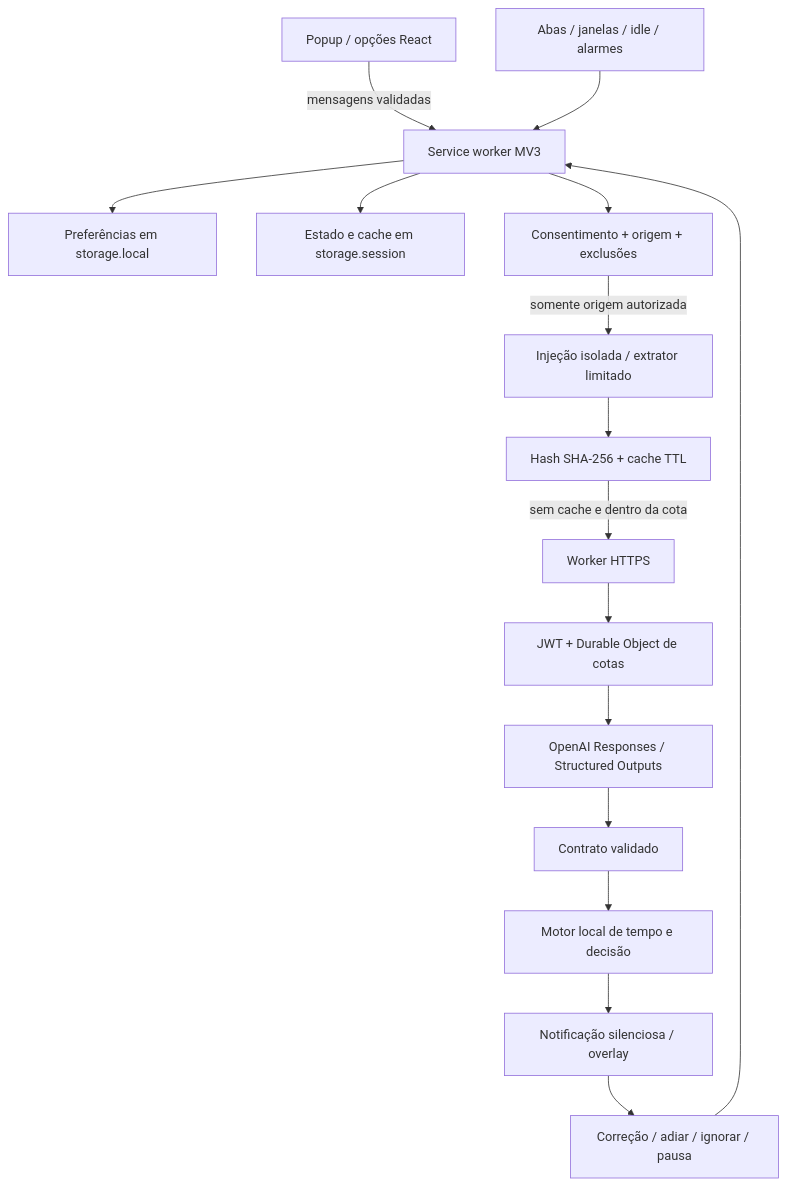
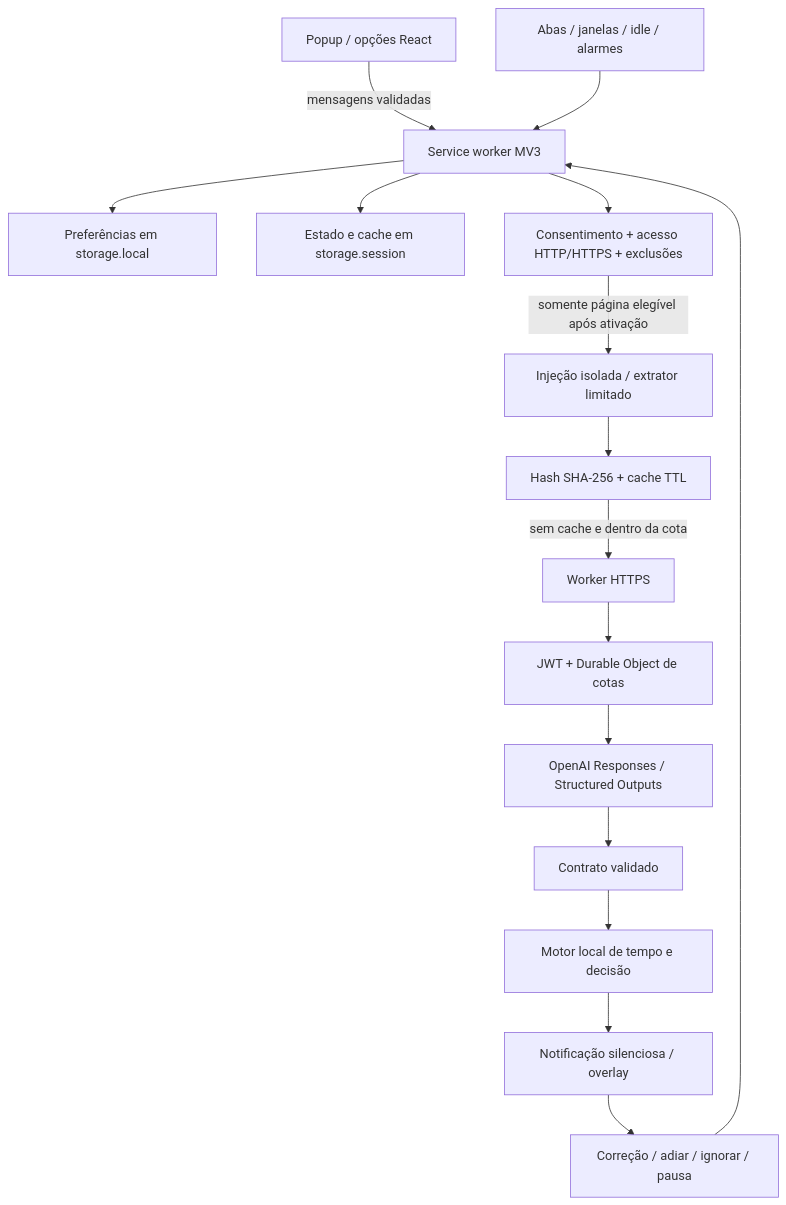
One commit to kamttg/focus changed the diagram in docs/architecture.md. Above: the diagram before and after it, drawn with Mermaid. The commit also changed other lines of this file and 23 other files, not shown here.

```diff
--- a/docs/architecture.md
+++ b/docs/architecture.md
@@ -3,18 +3,18 @@
 ~~~mermaid
 flowchart TD
   UI[Popup / opções React] -->|mensagens validadas| BG[Service worker MV3]
   BG --> LOCAL[Preferências em storage.local]
   BG --> SESSION[Estado e cache em storage.session]
   EVENTS[Abas / janelas / idle / alarmes] --> BG
-  BG --> POLICY[Consentimento + origem + exclusões]
-  POLICY -->|somente origem autorizada| EXTRACT[Injeção isolada / extrator limitado]
+  BG --> POLICY[Consentimento + acesso HTTP/HTTPS + exclusões]
+  POLICY -->|somente página elegível após ativação| EXTRACT[Injeção isolada / extrator limitado]
   EXTRACT --> HASH[Hash SHA-256 + cache TTL]
   HASH -->|sem cache e dentro da cota| API[Worker HTTPS]
   API --> AUTH[JWT + Durable Object de cotas]
   AUTH --> LLM[OpenAI Responses / Structured Outputs]
   LLM --> CONTRACT[Contrato validado]
   CONTRACT --> ENGINE[Motor local de tempo e decisão]
   ENGINE --> ALERT[Notificação silenciosa / overlay]
   ALERT --> FEEDBACK[Correção / adiar / ignorar / pausa]
   FEEDBACK --> BG
 ~~~
```
